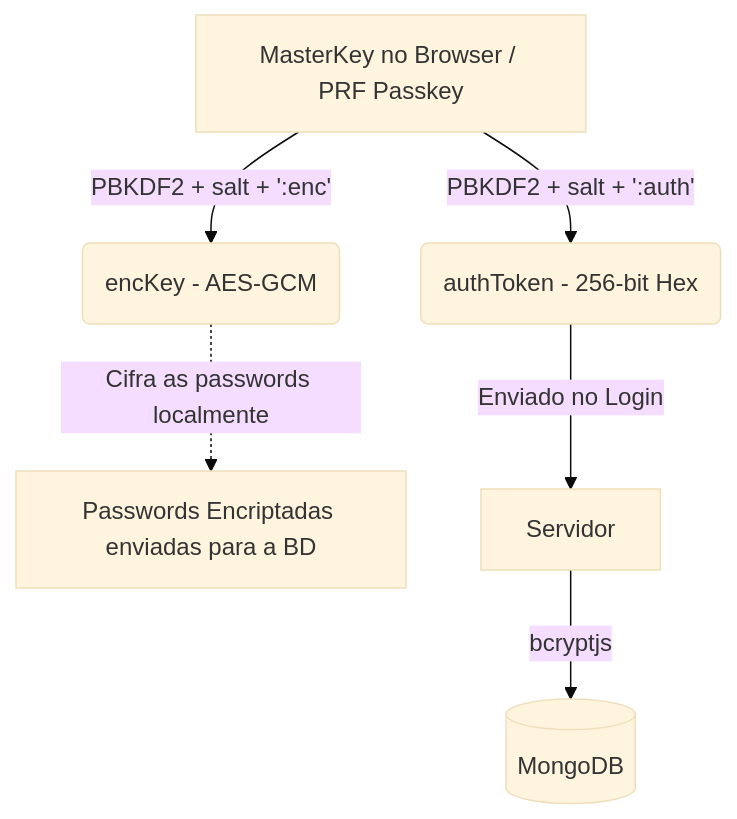
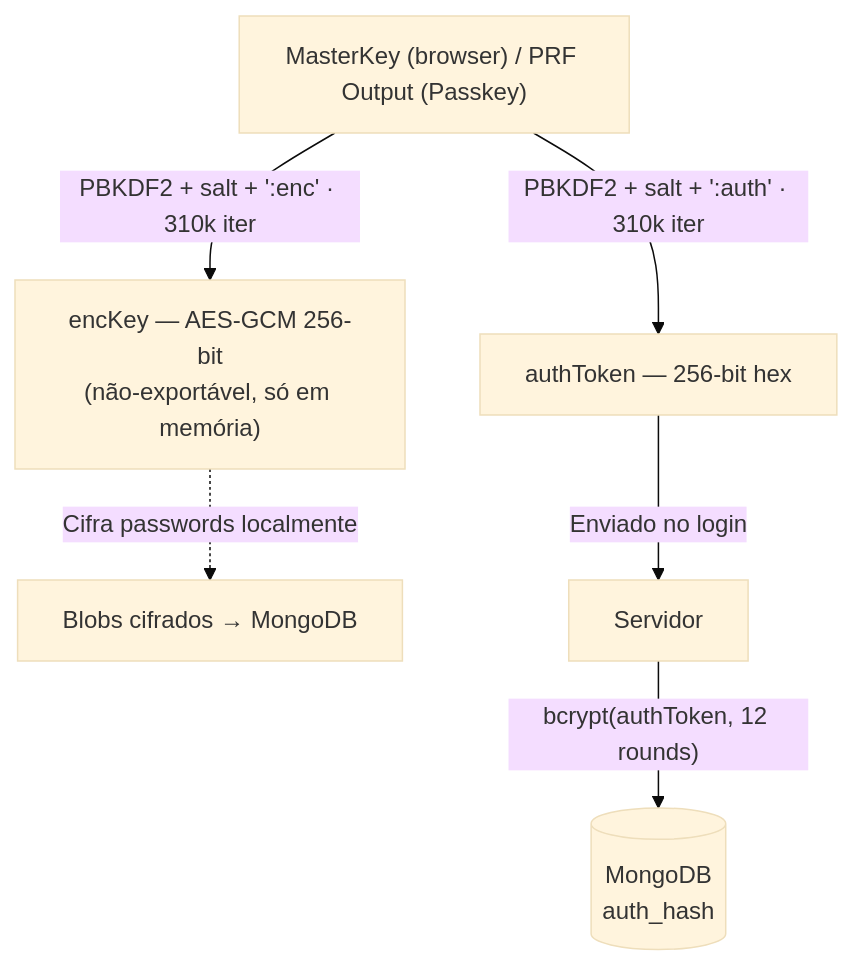
The diagram in README.md (henriquelaia/KeyZero), drawn with Mermaid (base theme) before and after one commit. The commit also changed other lines of this file and 51 other files, not shown here.

Commit message:
feat: Implement user registration with master key and passkey support, add a dashboard, and establish backend authentication routes and database connection.

````diff
--- a/README.md
+++ b/README.md
@@ -44,8 +22,9 @@
 ```mermaid
 graph TD
-    A[MasterKey no Browser / PRF Passkey] -->|PBKDF2 + salt + ':enc'| B(encKey - AES-GCM)
-    A -->|PBKDF2 + salt + ':auth'| C(authToken - 256-bit Hex)
-    B -.->|Cifra as passwords localmente| D[Passwords Encriptadas enviadas para a BD]
-    C -->|Enviado no Login| E[Servidor]
-    E -->|bcryptjs| F[(MongoDB)]
+    A["MasterKey (browser) / PRF Output (Passkey)"]
+    A -->|"PBKDF2 + salt + ':enc' · 310k iter"| B["encKey — AES-GCM 256-bit\n(não-exportável, só em memória)"]
+    A -->|"PBKDF2 + salt + ':auth' · 310k iter"| C["authToken — 256-bit hex"]
+    B -.->|"Cifra passwords localmente"| D["Blobs cifrados → MongoDB"]
+    C -->|"Enviado no login"| E["Servidor"]
+    E -->|"bcrypt(authToken, 12 rounds)"| F[("MongoDB\nauth_hash")]
 ```
````
